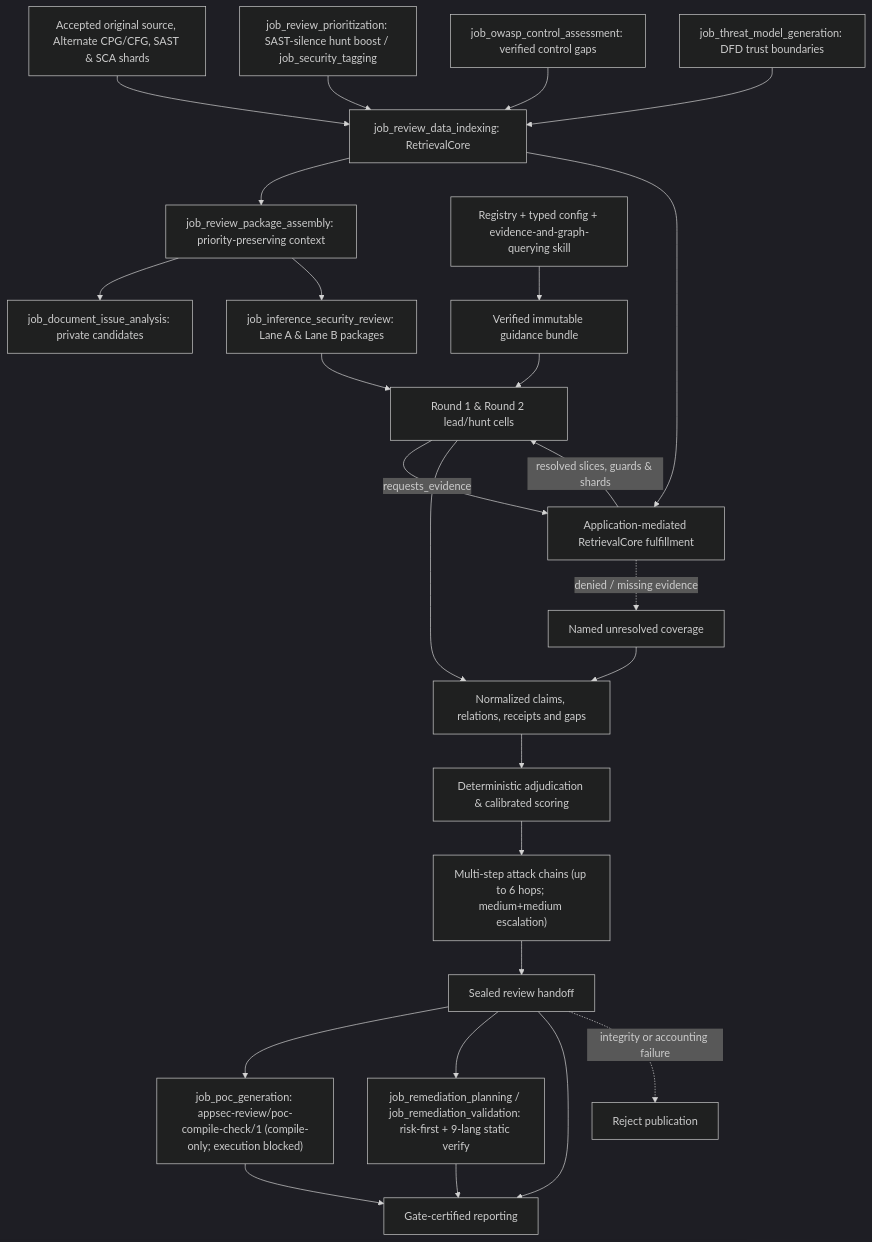
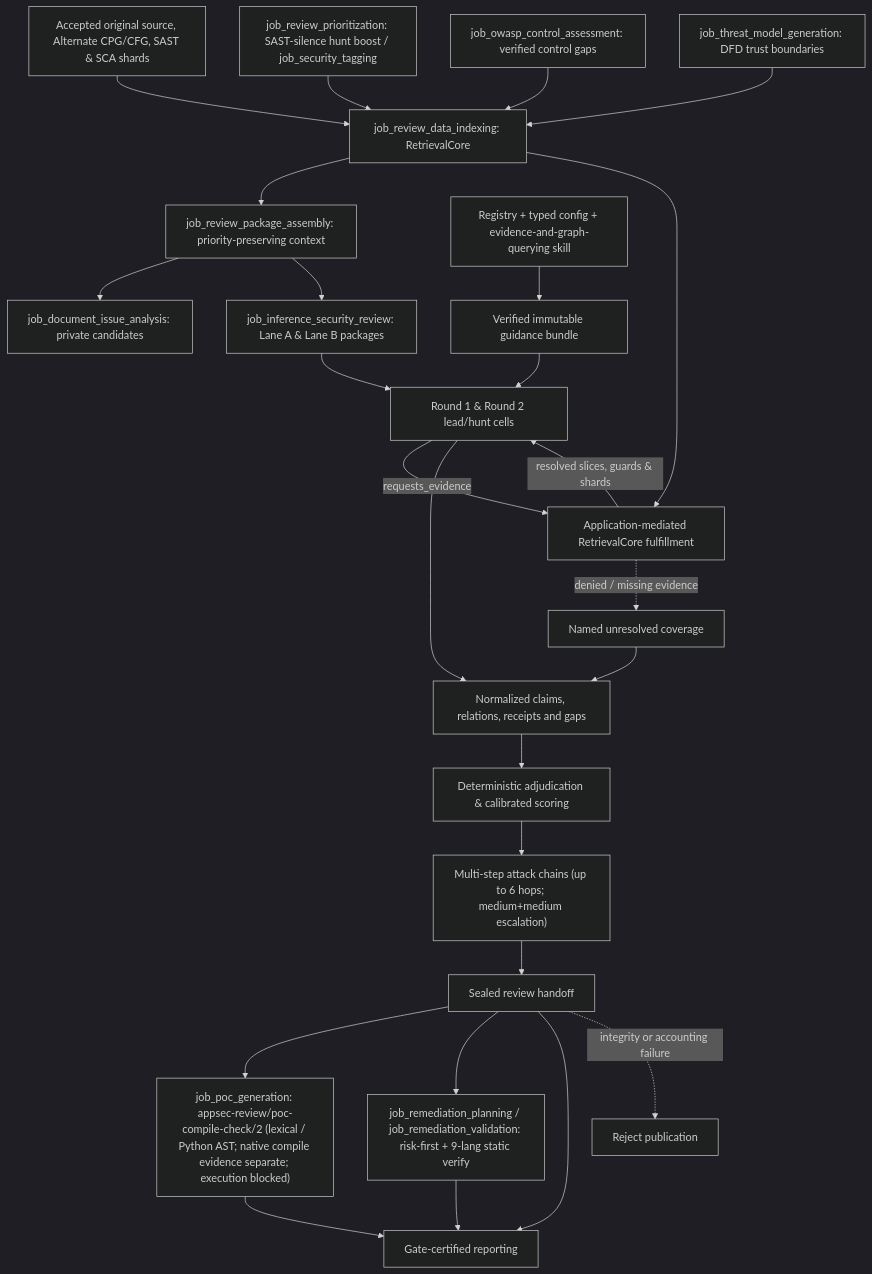
The diagram in docs/architecture/review-inference-and-guidance.md (wsollers/appsec-review), drawn with Mermaid (dark theme) before and after one commit. The commit also changed other lines of this file and 7 other files, not shown here.

````diff
--- a/docs/architecture/review-inference-and-guidance.md
+++ b/docs/architecture/review-inference-and-guidance.md
@@ -295,28 +297,28 @@
 ```mermaid
 flowchart TD
   evidence["Accepted original source, Alternate CPG/CFG, SAST & SCA shards"] --> indexing["job_review_data_indexing: RetrievalCore"]
   routing["job_review_prioritization: SAST-silence hunt boost / job_security_tagging"] --> indexing
   owasp["job_owasp_control_assessment: verified control gaps"] --> indexing
   model["job_threat_model_generation: DFD trust boundaries"] --> indexing
   indexing --> upstream["job_review_package_assembly: priority-preserving context"]
   upstream --> private["job_document_issue_analysis: private candidates"]
   upstream --> packages["job_inference_security_review: Lane A & Lane B packages"]
   registry["Registry + typed config + evidence-and-graph-querying skill"] --> bundle["Verified immutable guidance bundle"]
   bundle --> cells["Round 1 & Round 2 lead/hunt cells"]
   packages --> cells
   cells -->|requests_evidence| retrieve["Application-mediated RetrievalCore fulfillment"]
   indexing --> retrieve
   retrieve -->|resolved slices, guards & shards| cells
   cells --> ledger["Normalized claims, relations, receipts and gaps"]
   ledger --> decide["Deterministic adjudication & calibrated scoring"]
   decide --> chains["Multi-step attack chains (up to 6 hops; medium+medium escalation)"]
   chains --> published["Sealed review handoff"]
-  published --> poc["job_poc_generation: appsec-review/poc-compile-check/1 (compile-only; execution blocked)"]
+  published --> poc["job_poc_generation: appsec-review/poc-compile-check/2 (lexical / Python AST; native compile evidence separate; execution blocked)"]
   published --> rem["job_remediation_planning / job_remediation_validation: risk-first + 9-lang static verify"]
   published --> reporting["Gate-certified reporting"]
   poc --> reporting
   rem --> reporting
   retrieve -. "denied / missing evidence" .-> gaps["Named unresolved coverage"]
   gaps --> ledger
   published -. "integrity or accounting failure" .-> reject["Reject publication"]
 ```
````
